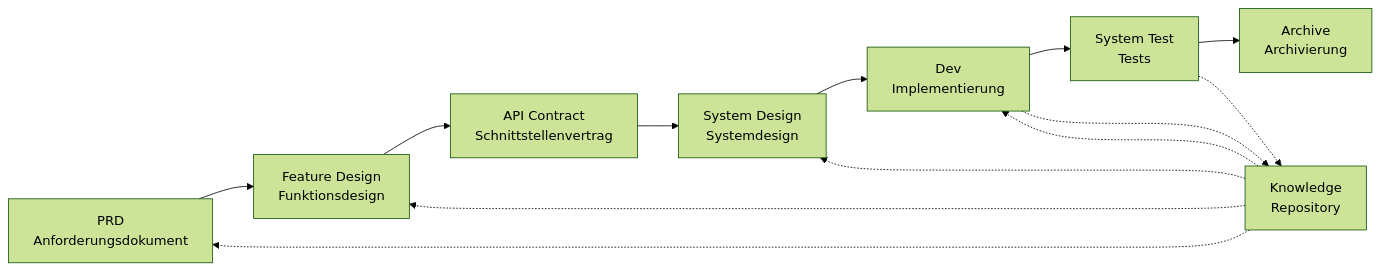
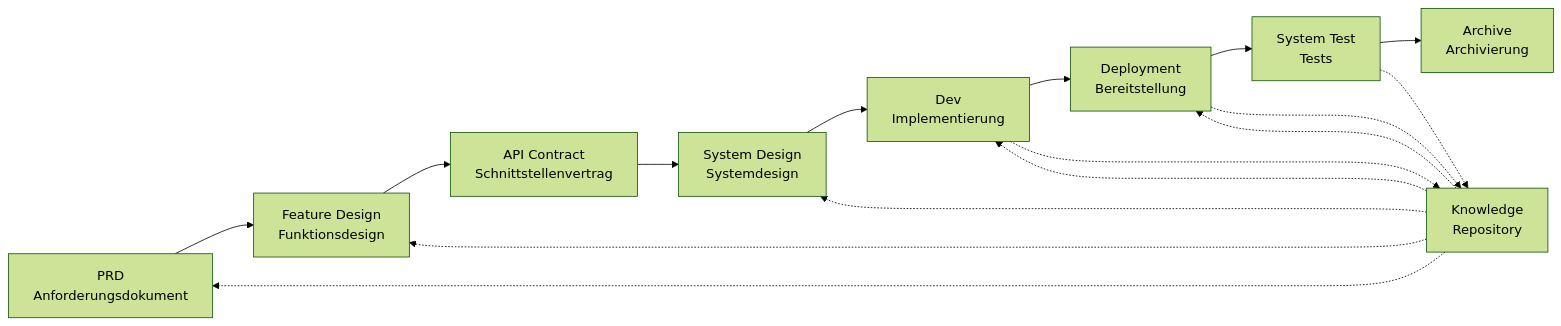
One commit to charlesmu99/speccrew changed the diagram in README.de.md. Above: the diagram before and after it, drawn with Mermaid (forest theme). The commit also changed other lines of this file and 35 other files, not shown here.

````diff
--- a/README.de.md
+++ b/README.de.md
@@ -166,17 +166,20 @@
 ```mermaid
 graph LR
     A[PRD<br/>Anforderungsdokument] --> B[Feature Design<br/>Funktionsdesign]
     B --> C[API Contract<br/>Schnittstellenvertrag]
     C --> D[System Design<br/>Systemdesign]
     D --> E[Dev<br/>Implementierung]
-    E --> F[System Test<br/>Tests]
-    F --> G[Archive<br/>Archivierung]
+    E --> F[Deployment<br/>Bereitstellung]
+    F --> G[System Test<br/>Tests]
+    G --> H[Archive<br/>Archivierung]
     
-    H[Knowledge<br/>Repository] -.-> A
-    H -.-> B
-    H -.-> D
-    H -.-> E
+    I[Knowledge<br/>Repository] -.-> A
+    I -.-> B
+    I -.-> D
+    I -.-> E
+    I -.-> F
     
-    E -.-> H
-    F -.-> H
+    E -.-> I
+    F -.-> I
+    G -.-> I
 ```
````
